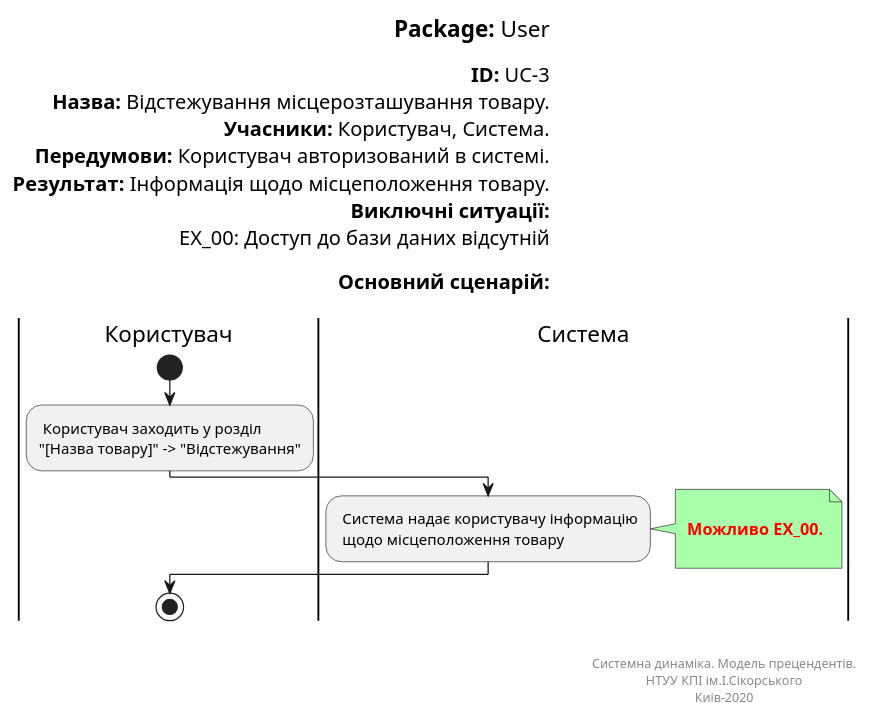
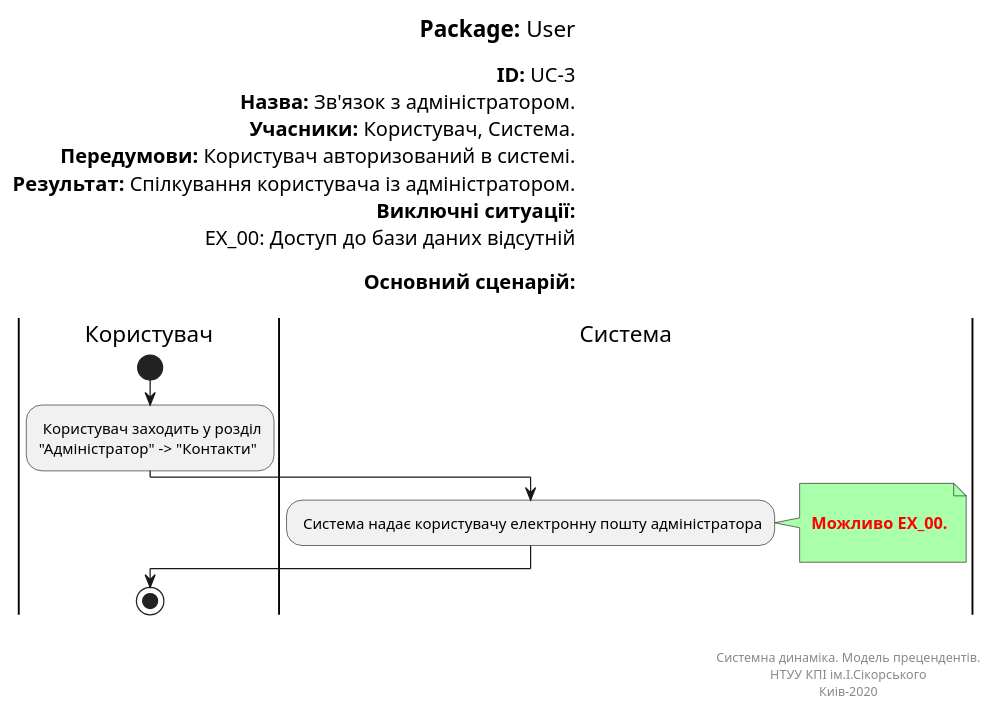
One commit to kirilinsane/Team2 changed the diagram in Doc/UMLdiagrams/scenarios/user/Diagrams/UML/UC3.pu. Above: the diagram before and after it, drawn with PlantUML. The commit also changed 11 other files, not shown here.

```diff
--- a/Doc/UMLdiagrams/scenarios/user/Diagrams/UML/UC3.pu
+++ b/Doc/UMLdiagrams/scenarios/user/Diagrams/UML/UC3.pu
@@ -1,41 +1,40 @@
 @startuml
 left header
 <font color=000 size=18><b>Package:</b> User
 
 <font color=000 size=16><b>ID:</b> UC-3
-<font color=000 size=16><b>Назва:</b> Відстежування місцерозташування товару.
+<font color=000 size=16><b>Назва:</b> Зв'язок з адміністратором.
 <font color=000 size=16><b>Учасники:</b> Користувач, Система.
 <font color=000 size=16><b>Передумови:</b> Користувач авторизований в системі.
-<font color=000 size=16><b>Результат:</b> Інформація щодо місцеположення товару.
+<font color=000 size=16><b>Результат:</b> Спілкування користувача із адміністратором.
 <font color=000 size=16><b>Виключні ситуації:</b>
 <font color=000 size=16> EX_00: Доступ до бази даних відсутній
 
 <font color=000 size=16><b>Основний сценарій:</b>
 
 end header
 
 |Користувач|
 start
 : Користувач заходить у розділ 
-"[Назва товару]" -> "Відстежування";
+"Адміністратор" -> "Контакти";
 
 |Система|
-: Система надає користувачу інформацію
- щодо місцеположення товару;
+: Система надає користувачу електронну пошту адміністратора;
 note right #aaffaa
 
 <font color=red><b> Можливо EX_00.
 
 end note
 
 |Користувач|
 stop;
 
 right footer
 
 
 Системна динаміка. Модель прецендентів.
 НТУУ КПІ ім.І.Сікорського
 Киів-2020
 end footer
 @enduml
```
